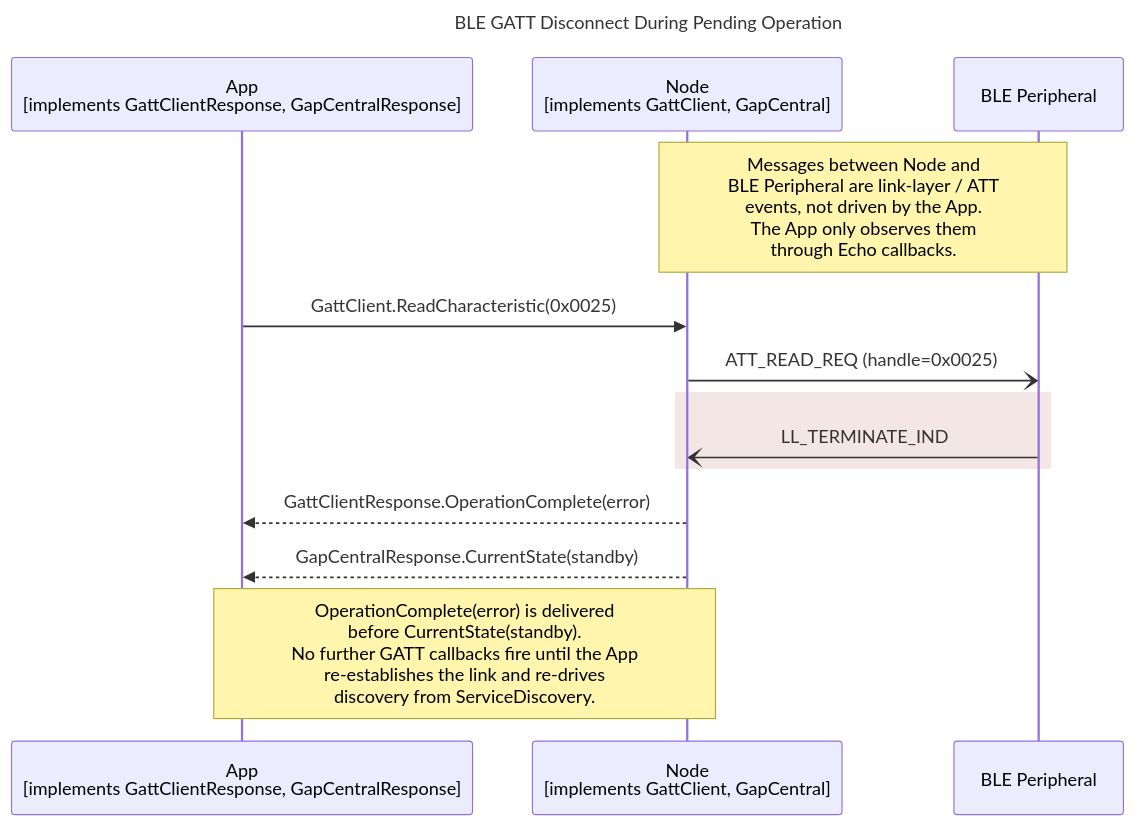
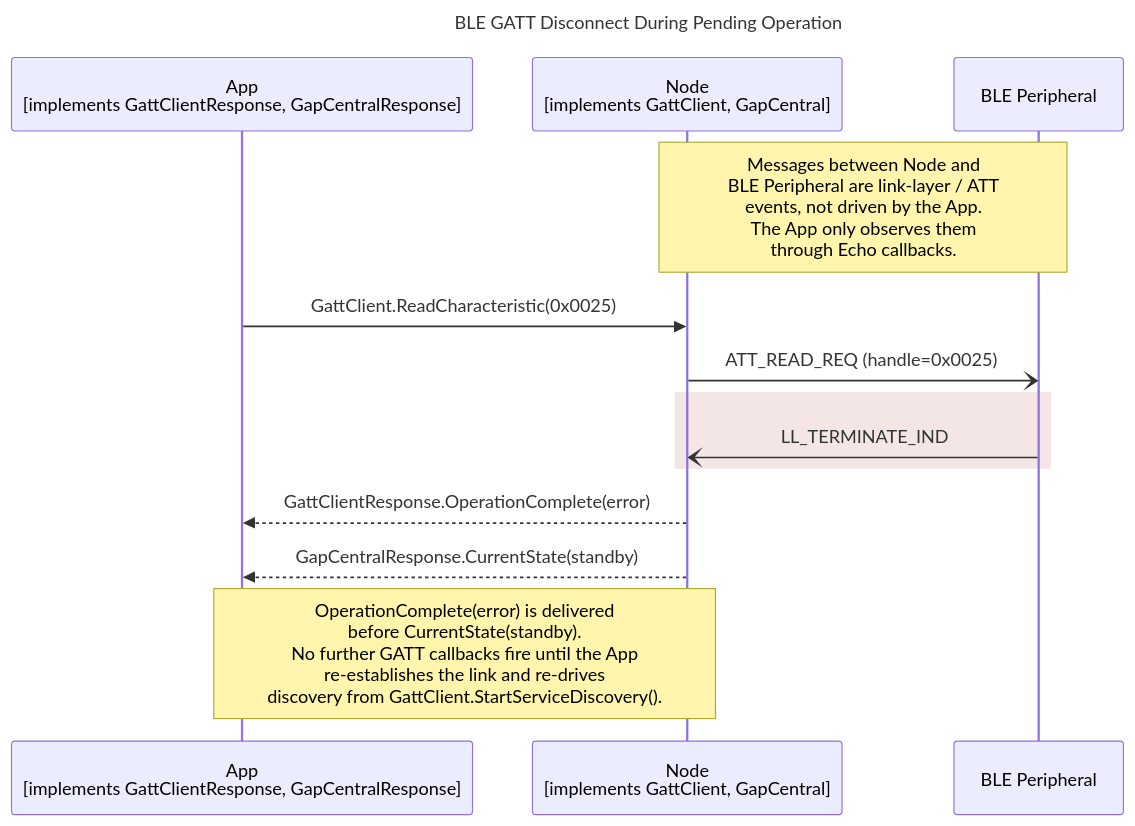
One commit to philips-software/amp-embedded-infra-lib changed the diagram in documents/modules/ROOT/partials/echoservices/gatt_client/GattClient_DisconnectDuringOperation_sequence.mmd. Above: the diagram before and after it, drawn with Mermaid. The commit also changed 14 other files, not shown here.

```diff
--- a/documents/modules/ROOT/partials/echoservices/gatt_client/GattClient_DisconnectDuringOperation_sequence.mmd
+++ b/documents/modules/ROOT/partials/echoservices/gatt_client/GattClient_DisconnectDuringOperation_sequence.mmd
@@ -1,19 +1,19 @@
 sequenceDiagram
     title BLE GATT Disconnect During Pending Operation
 
     participant App as App<br>[implements GattClientResponse, GapCentralResponse]
     participant Node as Node<br>[implements GattClient, GapCentral]
     participant Peripheral as BLE Peripheral
 
     Note over Node, Peripheral: Messages between Node and<br>BLE Peripheral are link-layer / ATT<br>events, not driven by the App.<br>The App only observes them<br>through Echo callbacks.
 
     App->>Node: GattClient.ReadCharacteristic(0x0025)
     Node-)Peripheral: ATT_READ_REQ (handle=0x0025)
 
     rect rgb(245, 230, 230)
         Peripheral-)Node: LL_TERMINATE_IND
     end
 
     Node-->>App: GattClientResponse.OperationComplete(error)
     Node-->>App: GapCentralResponse.CurrentState(standby)
-    Note over App, Node: OperationComplete(error) is delivered<br>before CurrentState(standby).<br>No further GATT callbacks fire until the App<br>re-establishes the link and re-drives<br>discovery from ServiceDiscovery.
+    Note over App, Node: OperationComplete(error) is delivered<br>before CurrentState(standby).<br>No further GATT callbacks fire until the App<br>re-establishes the link and re-drives<br>discovery from GattClient.StartServiceDiscovery().
```
